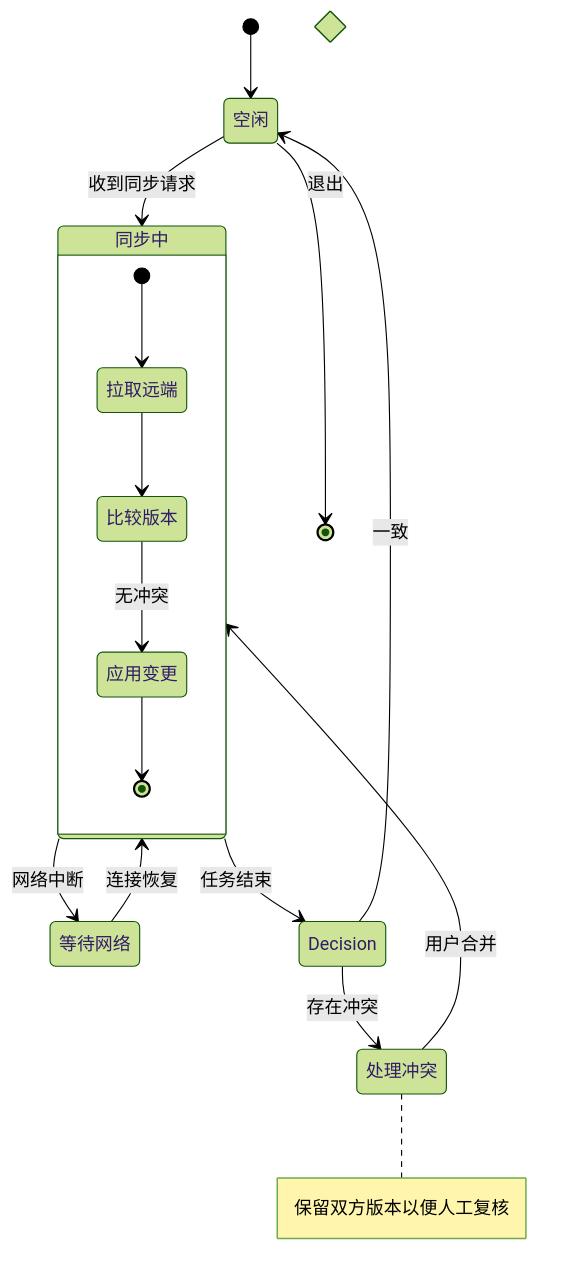
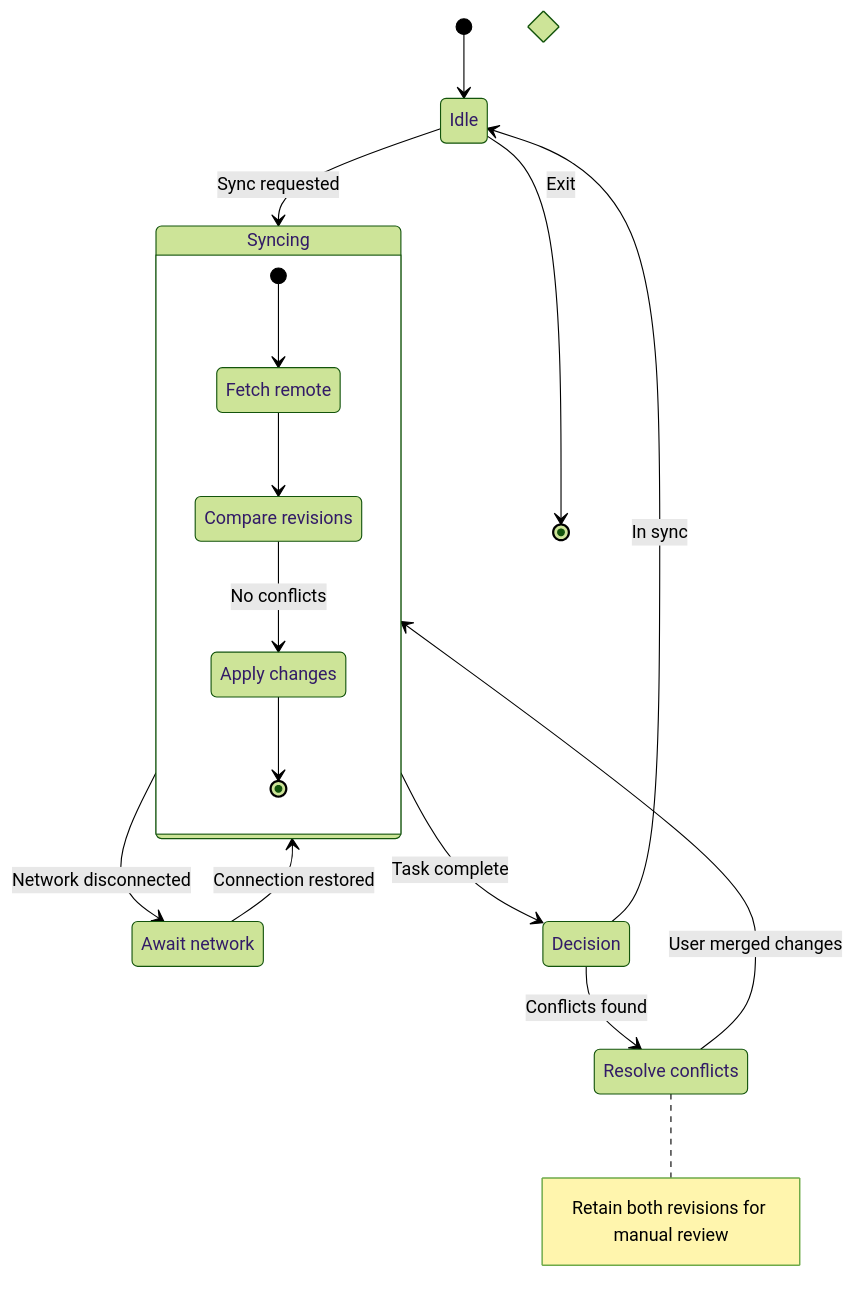
Before and after one commit to wizlijun/note.md: diagram 11 of 50 in docs/examples/mermaid-pele-theme-gallery.md, drawn with Mermaid (forest theme). The commit also changed other lines of this file, not shown here.

Commit message:
docs: make diagram gallery English and image focused

````diff
--- a/docs/examples/mermaid-pele-theme-gallery.md
+++ b/docs/examples/mermaid-pele-theme-gallery.md
@@ -734,28 +499,28 @@
 ```mermaid
 stateDiagram-v2
   [*] --> Idle
-  state "空闲" as Idle
-  state "同步中" as Syncing {
+  state "Idle" as Idle
+  state "Syncing" as Syncing {
     [*] --> Fetch
-    state "拉取远端" as Fetch
-    state "比较版本" as Compare
-    state "应用变更" as Apply
+    state "Fetch remote" as Fetch
+    state "Compare revisions" as Compare
+    state "Apply changes" as Apply
     Fetch --> Compare
-    Compare --> Apply: 无冲突
+    Compare --> Apply: No conflicts
     Apply --> [*]
   }
-  state "处理冲突" as Conflict
-  state "等待网络" as Offline
-  state "结果判定" as Decision <<choice>>
-  Idle --> Syncing: 收到同步请求
-  Syncing --> Decision: 任务结束
-  Decision --> Idle: 一致
-  Decision --> Conflict: 存在冲突
-  Conflict --> Syncing: 用户合并
-  Syncing --> Offline: 网络中断
-  Offline --> Syncing: 连接恢复
-  Idle --> [*]: 退出
+  state "Resolve conflicts" as Conflict
+  state "Await network" as Offline
+  state "Evaluate result" as Decision <<choice>>
+  Idle --> Syncing: Sync requested
+  Syncing --> Decision: Task complete
+  Decision --> Idle: In sync
+  Decision --> Conflict: Conflicts found
+  Conflict --> Syncing: User merged changes
+  Syncing --> Offline: Network disconnected
+  Offline --> Syncing: Connection restored
+  Idle --> [*]: Exit
   note right of Conflict
-    保留双方版本以便人工复核
+    Retain both revisions for manual review
   end note
 ```
````
